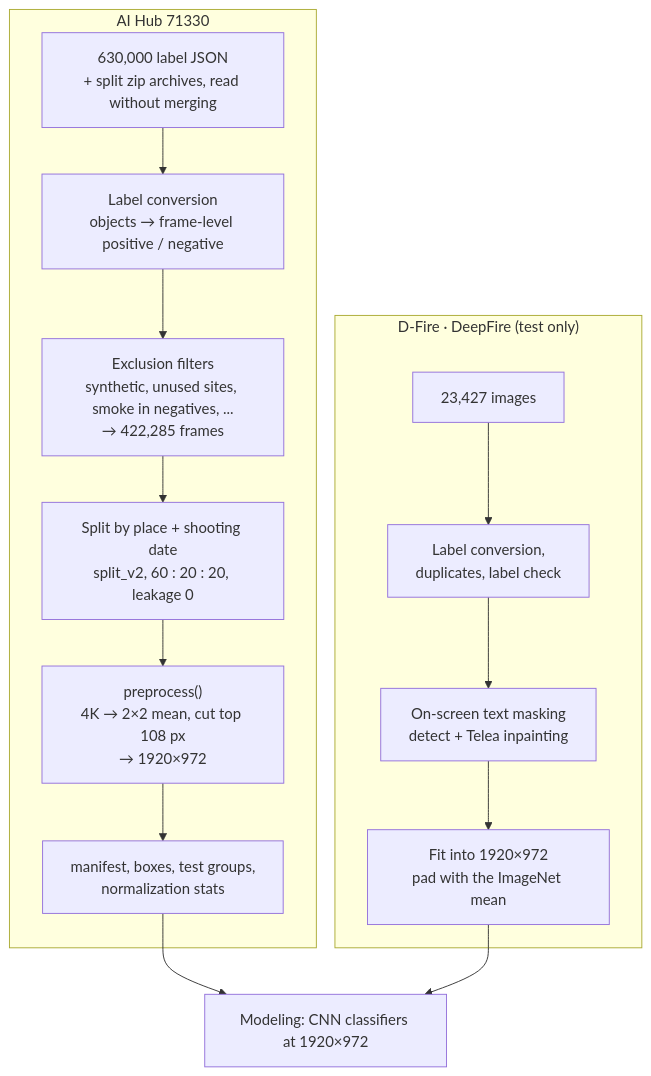
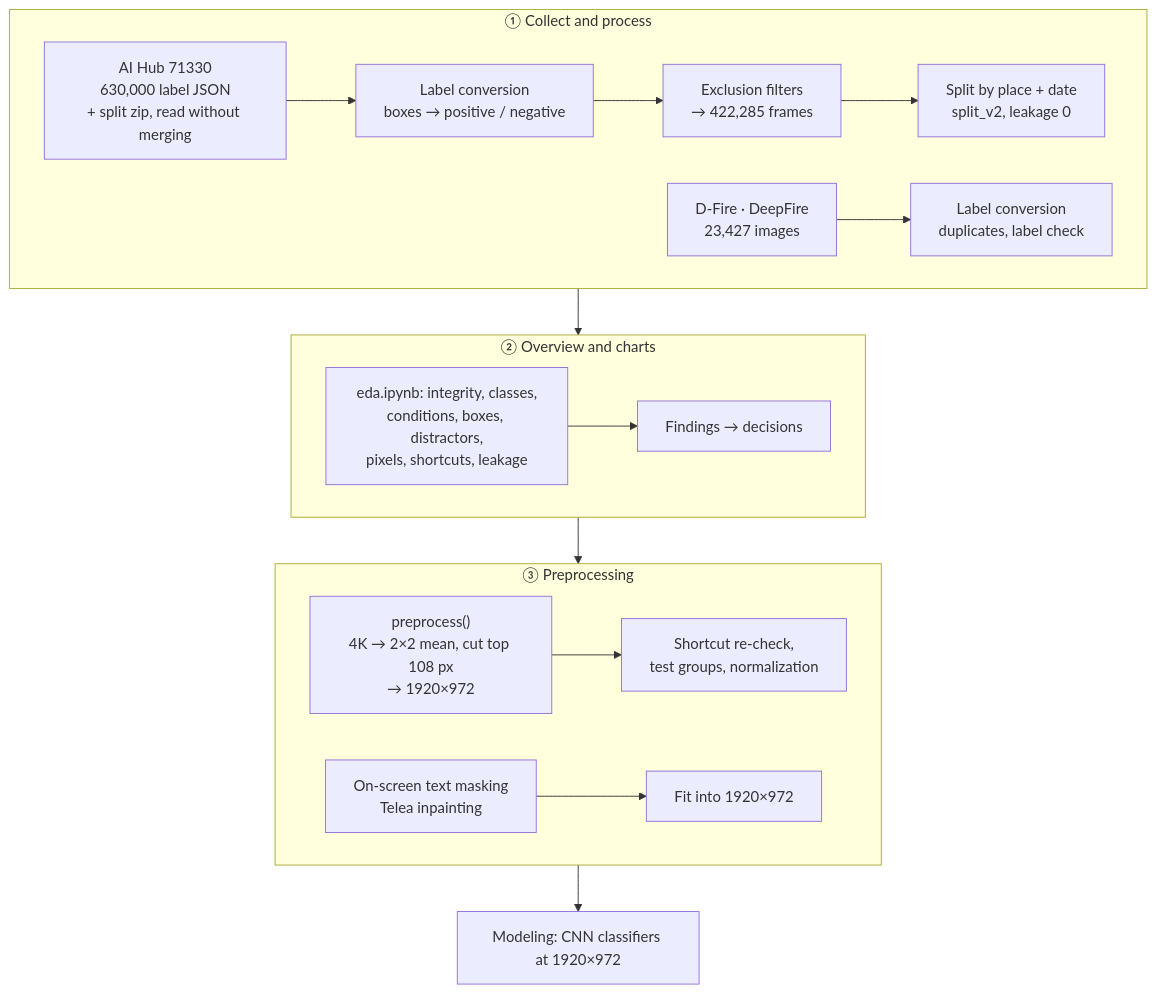
Before and after one commit to sangj-03/Wildfire-detection: the diagram in README.md, drawn with Mermaid. The commit also changed other lines of this file and 52 other files, not shown here.

First line of the commit message:
Organize the README by collection and processing, overview and visualization, and preprocessing

````diff
--- a/README.md
+++ b/README.md
@@ -27,17 +26,20 @@
 ```mermaid
 flowchart TB
-    subgraph AH["AI Hub 71330"]
-        A1["630,000 label JSON<br/>+ split zip archives, read without merging"] --> A2["Label conversion<br/>objects → frame-level positive / negative"]
-        A2 --> A3["Exclusion filters<br/>synthetic, unused sites, smoke in negatives, ...<br/>→ 422,285 frames"]
-        A3 --> A4["Split by place + shooting date<br/>split_v2, 60 : 20 : 20, leakage 0"]
-        A4 --> A5["preprocess()<br/>4K → 2×2 mean, cut top 108 px<br/>→ 1920×972"]
-        A5 --> A6["manifest, boxes, test groups,<br/>normalization stats"]
+    subgraph S1["① Collect and process"]
+        direction LR
+        A1["AI Hub 71330<br/>630,000 label JSON<br/>+ split zip, read without merging"] --> A2["Label conversion<br/>boxes → positive / negative"]
+        A2 --> A3["Exclusion filters<br/>→ 422,285 frames"]
+        A3 --> A4["Split by place + date<br/>split_v2, leakage 0"]
+        B1["D-Fire · DeepFire<br/>23,427 images"] --> B2["Label conversion<br/>duplicates, label check"]
     end
-    subgraph EX["D-Fire · DeepFire (test only)"]
-        B1["23,427 images"] --> B2["Label conversion,<br/>duplicates, label check"]
-        B2 --> B3["On-screen text masking<br/>detect + Telea inpainting"]
-        B3 --> B4["Fit into 1920×972<br/>pad with the ImageNet mean"]
+    subgraph S2["② Overview and charts"]
+        direction LR
+        E1["eda.ipynb: integrity, classes,<br/>conditions, boxes, distractors,<br/>pixels, shortcuts, leakage"] --> E2["Findings → decisions"]
     end
-    A6 --> M["Modeling: CNN classifiers at 1920×972"]
-    B4 --> M
+    subgraph S3["③ Preprocessing"]
+        direction LR
+        P1["preprocess()<br/>4K → 2×2 mean, cut top 108 px<br/>→ 1920×972"] --> P2["Shortcut re-check,<br/>test groups, normalization"]
+        Q1["On-screen text masking<br/>Telea inpainting"] --> Q2["Fit into 1920×972"]
+    end
+    S1 --> S2 --> S3 --> M["Modeling: CNN classifiers at 1920×972"]
 ```
````
